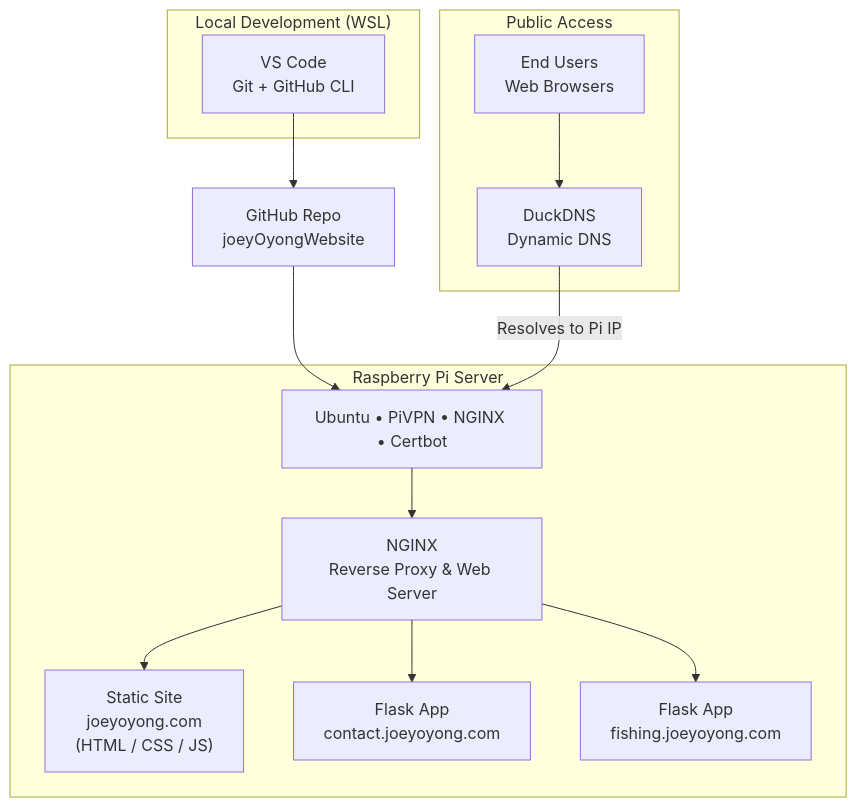
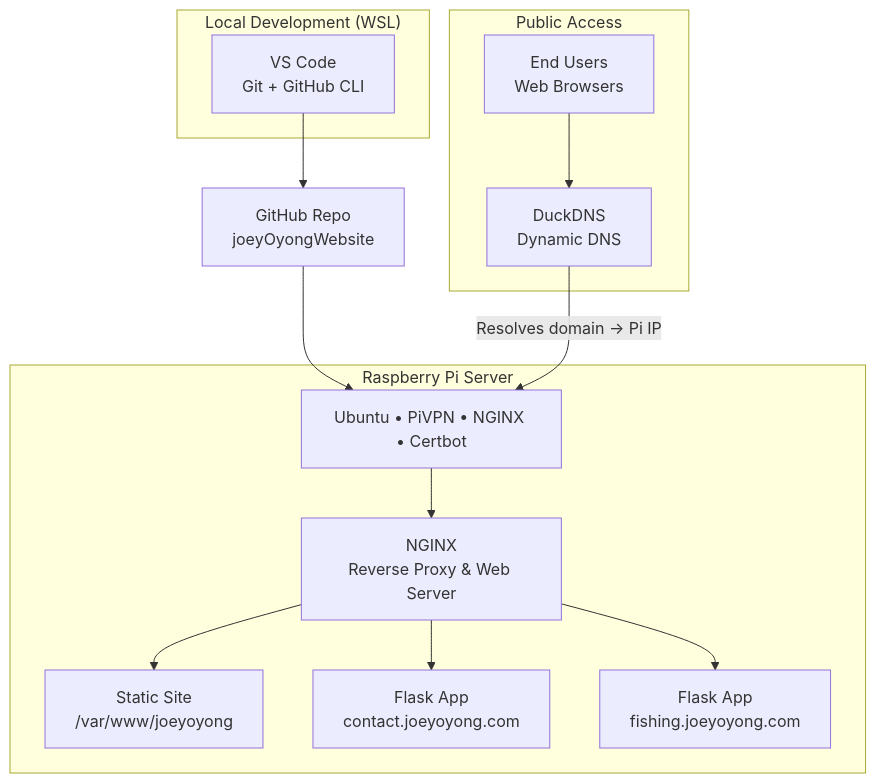
One commit to oyong28/joeyOyongWebsite changed the first of 2 diagrams in README.md. Above: the diagram before and after it, drawn with Mermaid. The commit also changed other lines of this file, not shown here.

````diff
--- a/README.md
+++ b/README.md
@@ -13,39 +13,35 @@
 ```mermaid
 flowchart TB
 
-  %% -------- Local Development --------
+  %% ===== Local Development =====
   subgraph DEV["Local Development (WSL)"]
     dev["VS Code<br/>Git + GitHub CLI"]
   end
 
   dev --> github["GitHub Repo<br/>joeyOyongWebsite"]
 
-  %% -------- Public Access / DNS --------
+  %% ===== Public Access =====
   subgraph PUBLIC["Public Access"]
     users["End Users<br/>Web Browsers"]
     duck["DuckDNS<br/>Dynamic DNS"]
   end
 
   users --> duck
 
-  %% -------- Raspberry Pi Server --------
+  %% ===== Raspberry Pi =====
   subgraph PI["Raspberry Pi Server"]
     pi["Ubuntu • PiVPN • NGINX • Certbot"]
     nginx["NGINX<br/>Reverse Proxy & Web Server"]
-    static["Static Site<br/>joeyoyong.com<br/>(HTML / CSS / JS)"]
+    static["Static Site<br/>/var/www/joeyoyong"]
     contact["Flask App<br/>contact.joeyoyong.com"]
     fishing["Flask App<br/>fishing.joeyoyong.com"]
   end
 
-  %% Deploy flow
   github --> pi
+  duck -->|"Resolves domain → Pi IP"| pi
 
-  %% Public access flow
-  duck -->|"Resolves to Pi IP"| pi
-
-  %% Internal routing
   pi --> nginx
   nginx --> static
   nginx --> contact
   nginx --> fishing
 ```
````
